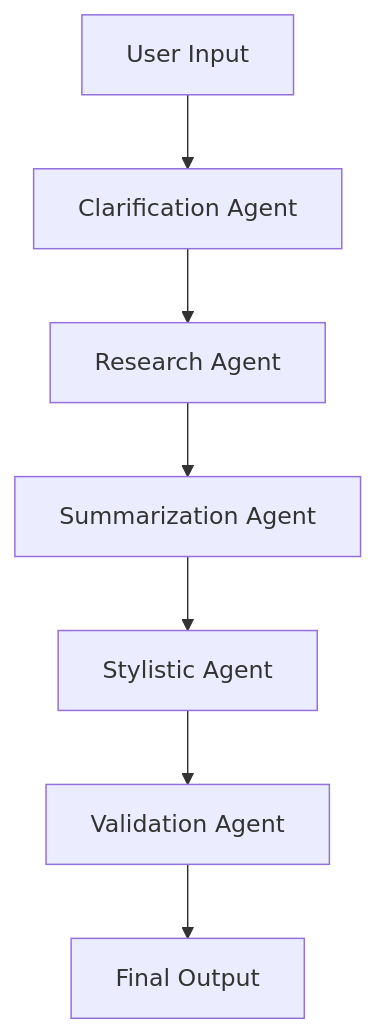
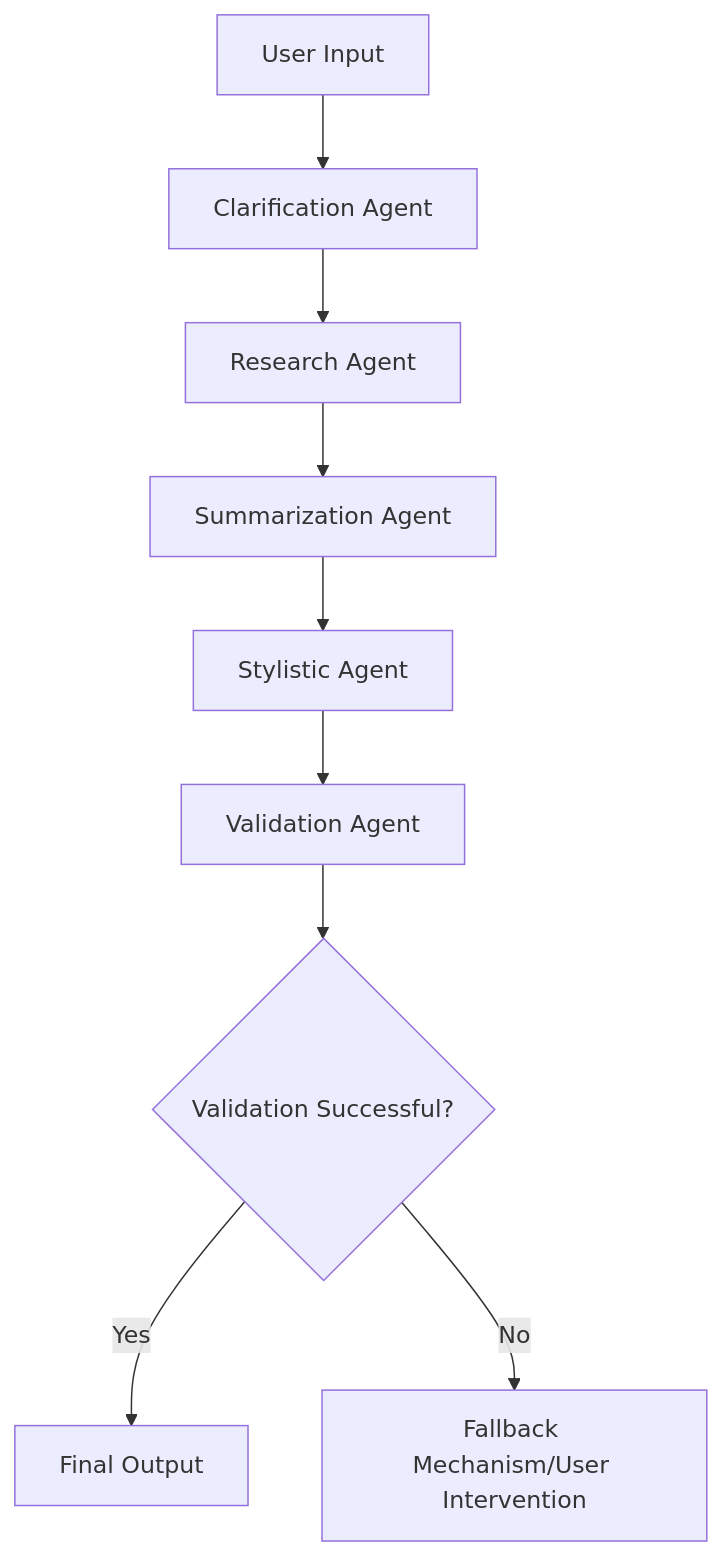
One commit to Cadtastic/AI-Agent-Multi-Stage-Refinement-System changed the diagram in docs/Multi-Agent Pipeline Implementation Guide.md. Above: the diagram before and after it, drawn with Mermaid. The commit also changed other lines of this file, not shown here.

Commit message:
Update Multi-Agent Pipeline Implementation Guide.md

````diff
--- a/docs/Multi-Agent Pipeline Implementation Guide.md
+++ b/docs/Multi-Agent Pipeline Implementation Guide.md
@@ -64,9 +65,11 @@
 ```mermaid
 graph TD
     A[User Input] --> B[Clarification Agent]
     B --> C[Research Agent]
     C --> D[Summarization Agent]
     D --> E[Stylistic Agent]
     E --> F[Validation Agent]
-    F --> G[Final Output]
+    F --> G{Validation Successful?}
+    G -- Yes --> H[Final Output]
+    G -- No --> I[Fallback Mechanism/User Intervention]
 ```
````
